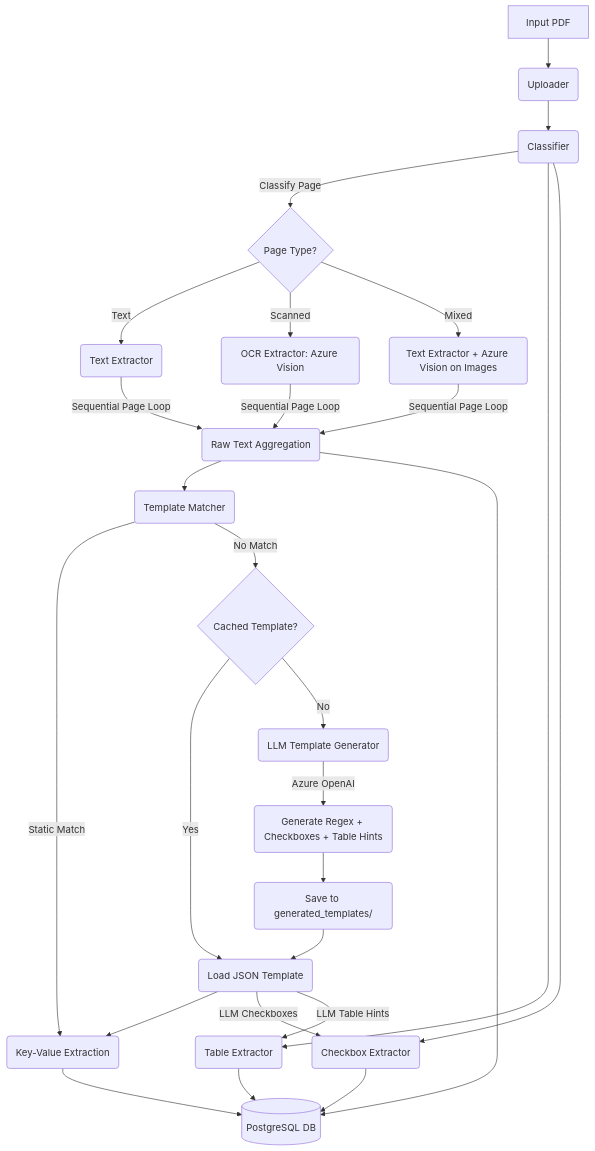
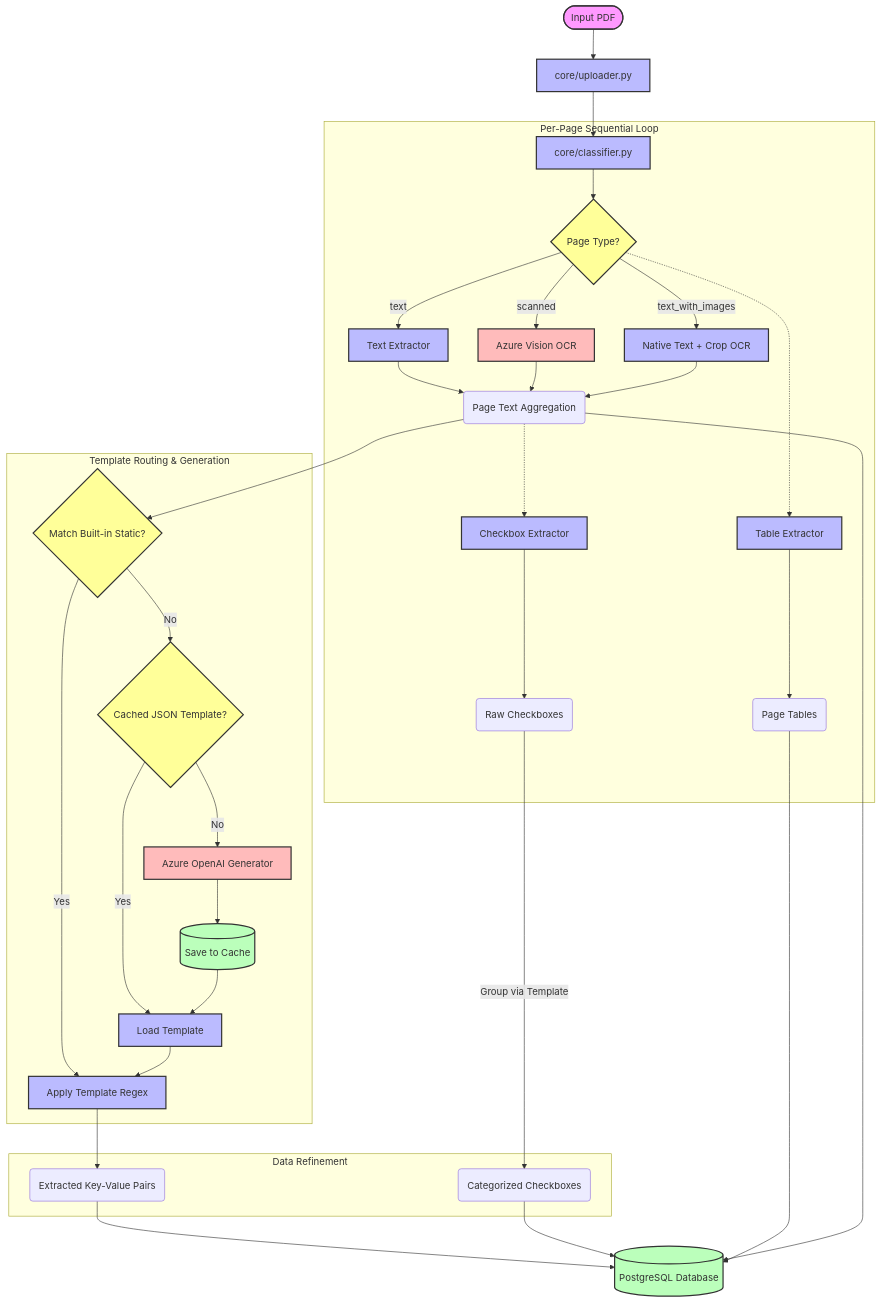
One commit to neogi5043/Unstra_Ingestor changed the first of 2 diagrams in technical_documentation.md. Above: the diagram before and after it, drawn with Mermaid.

Commit message:
technical_doc_v2

````diff
--- a/technical_documentation.md
+++ b/technical_documentation.md
@@ -14,36 +14,54 @@
 ```mermaid
-graph TD
-    A[Input PDF] --> B(Uploader)
-    B --> C(Classifier)
-    
-    C -->|Classify Page| D{Page Type?}
-    
-    D -->|Text| E(Text Extractor)
-    D -->|Scanned| F(OCR Extractor: Azure Vision)
-    D -->|Mixed| G(Text Extractor + Azure Vision on Images)
-    
-    E -->|Sequential Page Loop| H(Raw Text Aggregation)
-    F -->|Sequential Page Loop| H
-    G -->|Sequential Page Loop| H
-    
-    H --> I(Template Matcher)
-    I -->|Static Match| J(Key-Value Extraction)
-    I -->|No Match| K{Cached Template?}
-    
-    K -->|Yes| L(Load JSON Template)
-    K -->|No| M(LLM Template Generator)
-    M -->|Azure OpenAI| N(Generate Regex + Checkboxes + Table Hints)
-    N --> O(Save to generated_templates/)
-    O --> L
-    L --> J
-    
-    C --> P(Table Extractor)
-    C --> Q(Checkbox Extractor)
-    L -->|LLM Checkboxes| Q
-    L -->|LLM Table Hints| P
-    
-    J --> R[(PostgreSQL DB)]
-    P --> R
-    Q --> R
-    H --> R
+flowchart TD
+    %% Define Styles
+    classDef io fill:#f9f,stroke:#333,stroke-width:2px;
+    classDef process fill:#bbf,stroke:#333,stroke-width:2px;
+    classDef decision fill:#ff9,stroke:#333,stroke-width:2px;
+    classDef db fill:#bfb,stroke:#333,stroke-width:2px;
+    classDef external fill:#fbb,stroke:#333,stroke-width:2px;
+
+    InputPDF([Input PDF]):::io --> Uploader[core/uploader.py]:::process
+    Uploader --> Classifier[core/classifier.py]:::process
+
+    subgraph "Per-Page Sequential Loop"
+        Classifier --> PageRouter{Page Type?}:::decision
+        
+        PageRouter -->|text| NativeText[Text Extractor]:::process
+        PageRouter -->|scanned| AzureVision[Azure Vision OCR]:::external
+        PageRouter -->|text_with_images| HybridText[Native Text + Crop OCR]:::process
+        
+        NativeText --> RawText(Page Text Aggregation)
+        AzureVision --> RawText
+        HybridText --> RawText
+        
+        PageRouter -.-> TableExt[Table Extractor]:::process
+        TableExt --> RawTables(Page Tables)
+        
+        RawText -.-> CheckboxExt[Checkbox Extractor]:::process
+        CheckboxExt --> RawCheckboxes(Raw Checkboxes)
+    end
+
+    subgraph "Template Routing & Generation"
+        RawText --> TempRouter{Match Built-in Static?}:::decision
+        TempRouter -->|Yes| ExecTemplate[Apply Template Regex]:::process
+        
+        TempRouter -->|No| CacheCheck{Cached JSON Template?}:::decision
+        CacheCheck -->|Yes| LoadCache[Load Template]:::process
+        
+        CacheCheck -->|No| LLMGen[Azure OpenAI Generator]:::external
+        LLMGen --> SaveCache[(Save to Cache)]:::db
+        SaveCache --> LoadCache
+        
+        LoadCache --> ExecTemplate
+    end
+
+    subgraph "Data Refinement"
+        ExecTemplate --> KVPairs(Extracted Key-Value Pairs)
+        RawCheckboxes -->|Group via Template| RefinedCheckboxes(Categorized Checkboxes)
+    end
+
+    KVPairs --> DB[(PostgreSQL Database)]:::db
+    RefinedCheckboxes --> DB
+    RawTables --> DB
+    RawText --> DB
 ```
````
